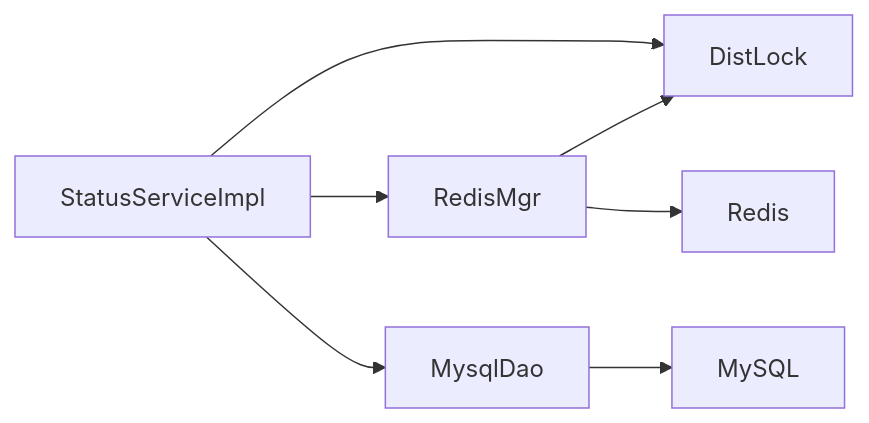
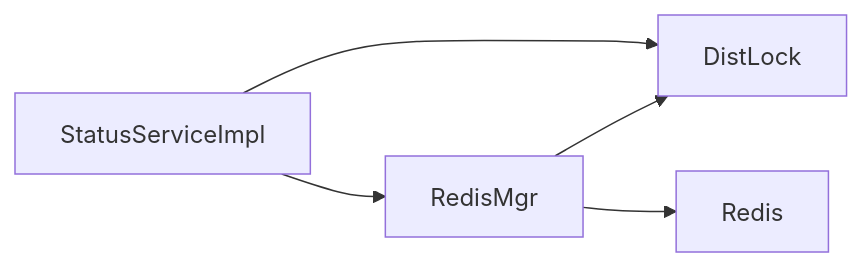
One commit to echo9923/mychatter changed the sixth of 6 diagrams in .qoder/repowiki/zh/content/服务端开发/StatusServer状态管理服务.md. Above: the diagram before and after it, drawn with Mermaid. The commit also changed other lines of this file and 107 other files, not shown here.

````diff
--- a/.qoder/repowiki/zh/content/服务端开发/StatusServer状态管理服务.md
+++ b/.qoder/repowiki/zh/content/服务端开发/StatusServer状态管理服务.md
@@ -269,9 +215,7 @@
 ```mermaid
 graph LR
 StatusServiceImpl --> RedisMgr
 StatusServiceImpl --> DistLock
-StatusServiceImpl --> MysqlDao
 RedisMgr --> DistLock
-MysqlDao --> MySQL["MySQL"]
 RedisMgr --> Redis["Redis"]
 ```
````
